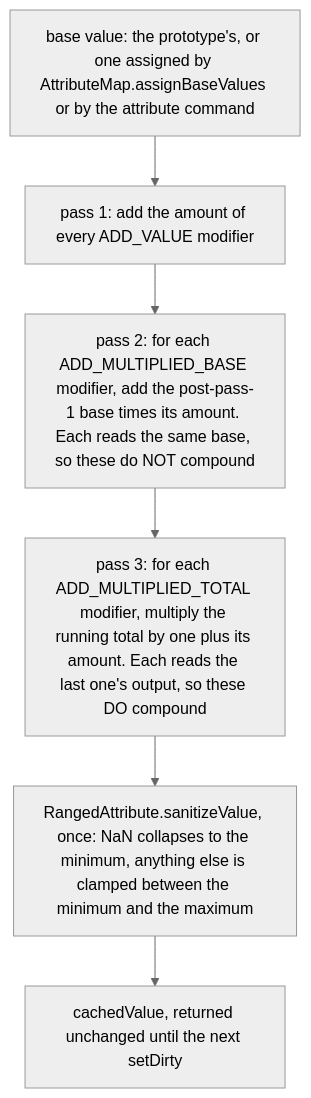
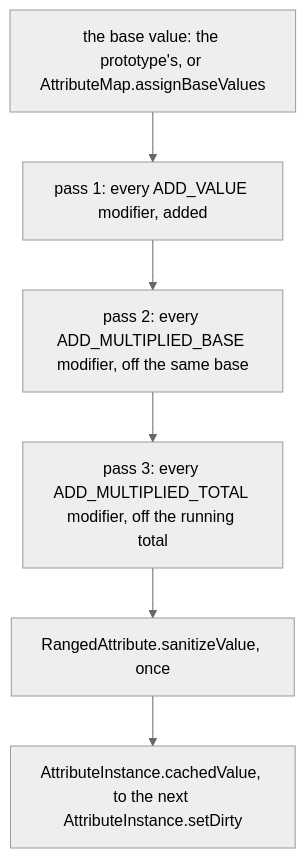
Before and after one commit to AlexanderjFraser/MinecraftDocs: the second of 3 diagrams in src/systems/entities/attributes.md, drawn with Mermaid (neutral theme). The commit also changed other lines of this file and 23 other files, not shown here.

````diff
--- a/src/systems/entities/attributes.md
+++ b/src/systems/entities/attributes.md
@@ -275,10 +276,10 @@
 ```mermaid
 flowchart TB
-    B["base value: the prototype's, or one assigned by AttributeMap.assignBaseValues or by the attribute command"]
-    P1["pass 1: add the amount of every ADD_VALUE modifier"]
-    P2["pass 2: for each ADD_MULTIPLIED_BASE modifier, add the post-pass-1 base times its amount. Each reads the same base, so these do NOT compound"]
-    P3["pass 3: for each ADD_MULTIPLIED_TOTAL modifier, multiply the running total by one plus its amount. Each reads the last one's output, so these DO compound"]
-    C["RangedAttribute.sanitizeValue, once: NaN collapses to the minimum, anything else is clamped between the minimum and the maximum"]
-    O["cachedValue, returned unchanged until the next setDirty"]
+    B["the base value: the prototype's, or AttributeMap.assignBaseValues"]
+    P1["pass 1: every ADD_VALUE modifier, added"]
+    P2["pass 2: every ADD_MULTIPLIED_BASE modifier, off the same base"]
+    P3["pass 3: every ADD_MULTIPLIED_TOTAL modifier, off the running total"]
+    C["RangedAttribute.sanitizeValue, once"]
+    O["AttributeInstance.cachedValue, to the next AttributeInstance.setDirty"]
     B --> P1 --> P2 --> P3 --> C --> O
 ```
````
